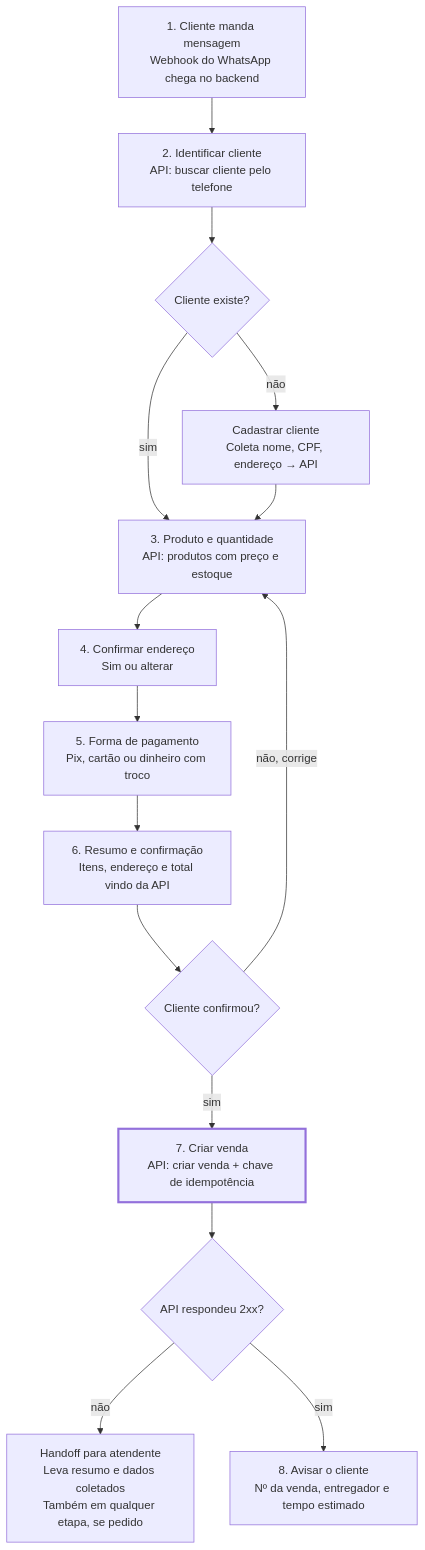
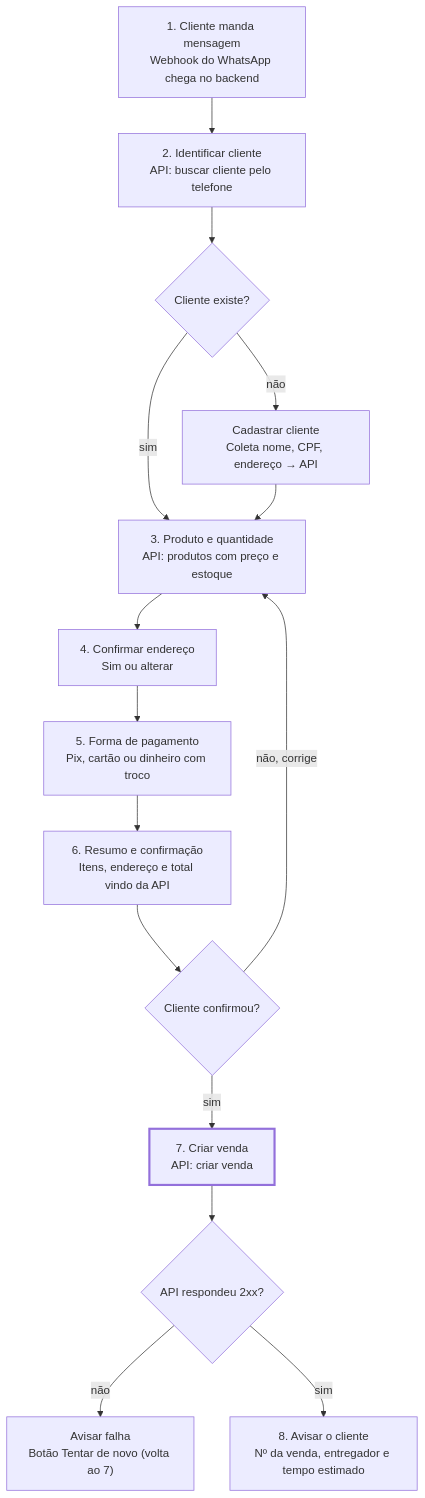
One commit to PabloFalc/REVgas-chatbot changed the diagram in docs/project/fluxo.md. Above: the diagram before and after it, drawn with Mermaid. The commit also changed other lines of this file and 3 other files, not shown here.

````diff
--- a/docs/project/fluxo.md
+++ b/docs/project/fluxo.md
@@ -9,18 +9,18 @@
 ```mermaid
 flowchart TD
     A["1. Cliente manda mensagem<br/>Webhook do WhatsApp chega no backend"] --> B["2. Identificar cliente<br/>API: buscar cliente pelo telefone"]
     B --> C{Cliente existe?}
     C -- não --> D["Cadastrar cliente<br/>Coleta nome, CPF, endereço → API"]
     C -- sim --> E["3. Produto e quantidade<br/>API: produtos com preço e estoque"]
     D --> E
     E --> F["4. Confirmar endereço<br/>Sim ou alterar"]
     F --> G["5. Forma de pagamento<br/>Pix, cartão ou dinheiro com troco"]
     G --> H["6. Resumo e confirmação<br/>Itens, endereço e total vindo da API"]
     H --> I{Cliente confirmou?}
     I -- "não, corrige" --> E
-    I -- sim --> J["7. Criar venda<br/>API: criar venda + chave de idempotência"]
+    I -- sim --> J["7. Criar venda<br/>API: criar venda"]
     J --> K{API respondeu 2xx?}
-    K -- não --> L["Handoff para atendente<br/>Leva resumo e dados coletados<br/>Também em qualquer etapa, se pedido"]
+    K -- não --> L["Avisar falha<br/>Botão Tentar de novo (volta ao 7)"]
     K -- sim --> M["8. Avisar o cliente<br/>Nº da venda, entregador e tempo estimado"]
     style J stroke-width:3px
 ```
````
